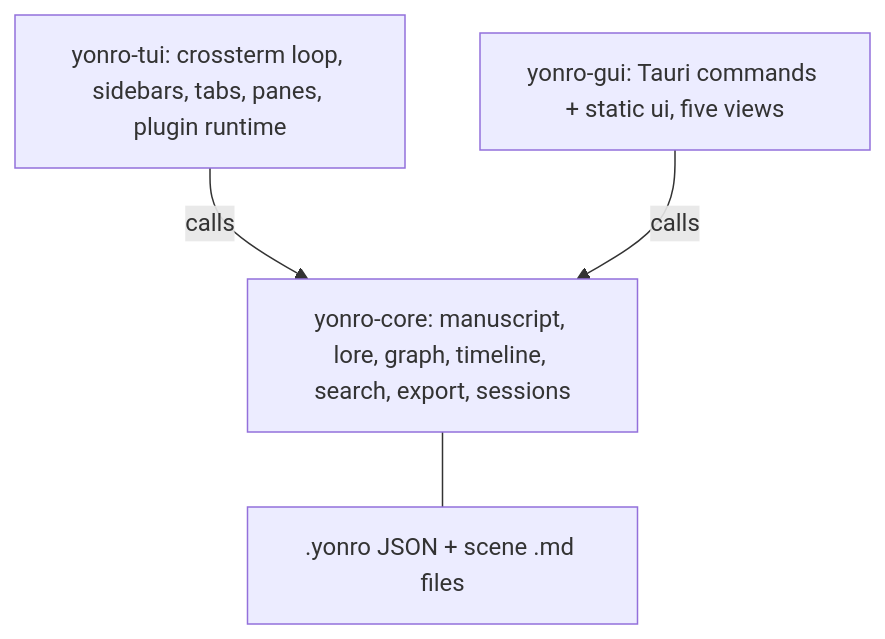
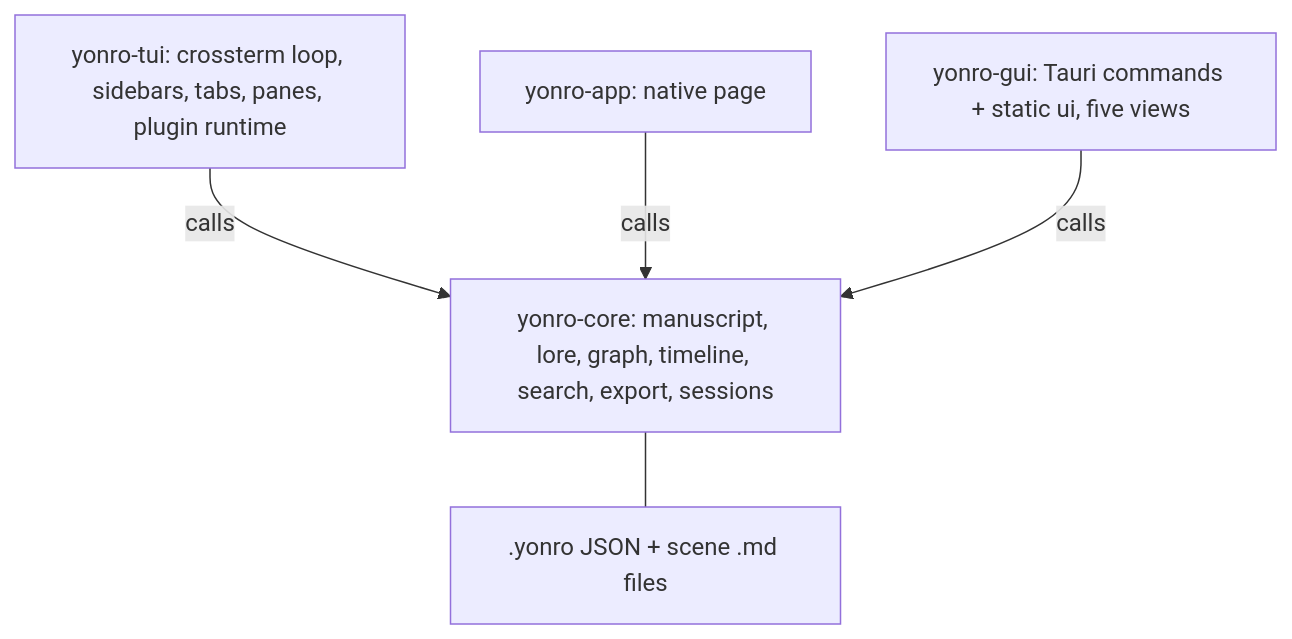
One commit to akshayrivers/Yonro-Text-Editor changed the diagram in Readme.md. Above: the diagram before and after it, drawn with Mermaid. The commit also changed other lines of this file and 1 other file, not shown here.

````diff
--- a/Readme.md
+++ b/Readme.md
@@ -120,10 +126,12 @@
 ```mermaid
 graph TD
     Core[yonro-core: manuscript, lore, graph, timeline, search, export, sessions]
     TUI[yonro-tui: crossterm loop, sidebars, tabs, panes, plugin runtime]
+    APP[yonro-app: native page]
     GUI[yonro-gui: Tauri commands + static ui, five views]
     Disk[.yonro JSON + scene .md files]
     Core --- Disk
     TUI -->|calls| Core
+    APP -->|calls| Core
     GUI -->|calls| Core
 ```
````
